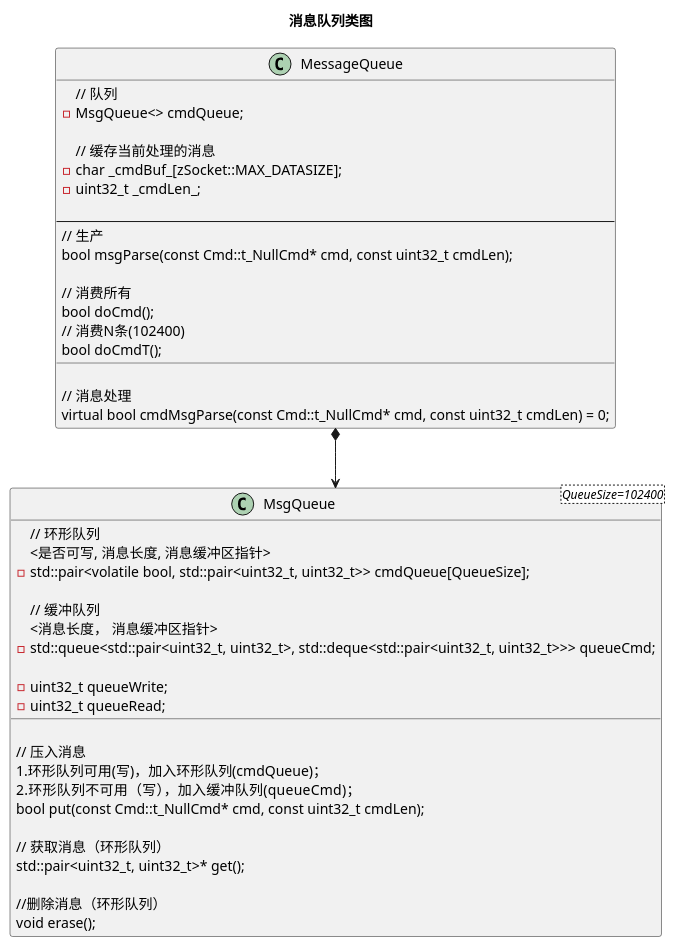
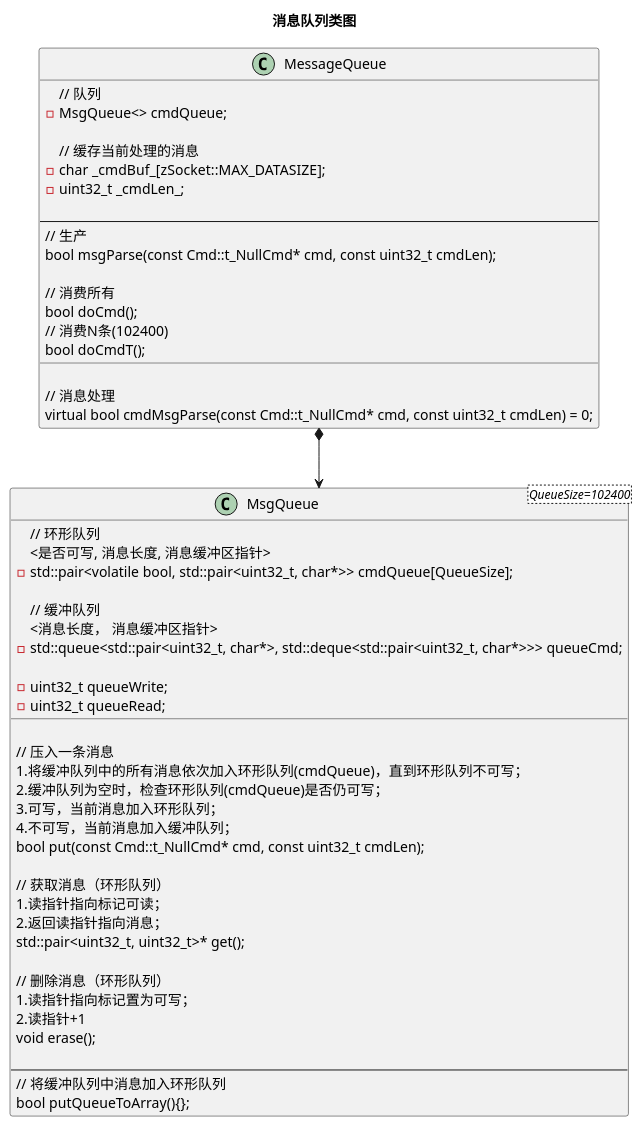
Before and after one commit to yoloo/a-bit-helper: the diagram in doc/pumls/msgqueue.puml, drawn with PlantUML.

Commit message:
msgqueue modify

```diff
--- a/doc/pumls/msgqueue.puml
+++ b/doc/pumls/msgqueue.puml
@@ -1,63 +1,73 @@
 @startuml
 
 title 消息队列类图
 
 '0.#Moccasin
 '1.#LightSeaGreen
 '2.#DarkSalmon
 '3.#BBBBFF
 '4.#SkyBlue
 '5.#LightPink
 '6.#CadetBlue
 '7.#Violet
 
 class MessageQueue {
     // 队列
     - MsgQueue<> cmdQueue;
 
     // 缓存当前处理的消息
     - char _cmdBuf_[zSocket::MAX_DATASIZE];
     - uint32_t _cmdLen_;
 
     --
     // 生产
     {method} bool msgParse(const Cmd::t_NullCmd* cmd, const uint32_t cmdLen);
 
     // 消费所有
     {method} bool doCmd();
     // 消费N条(102400)
     {method} bool doCmdT();
     __
 
     // 消息处理
     virtual bool cmdMsgParse(const Cmd::t_NullCmd* cmd, const uint32_t cmdLen) = 0;
 }
 
 class MsgQueue<QueueSize=102400> {
     // 环形队列
     <是否可写, 消息长度, 消息缓冲区指针>
-    - std::pair<volatile bool, std::pair<uint32_t, uint32_t>> cmdQueue[QueueSize];
+    - std::pair<volatile bool, std::pair<uint32_t, char*>> cmdQueue[QueueSize];
 
     // 缓冲队列
     <消息长度， 消息缓冲区指针>
-    - std::queue<std::pair<uint32_t, uint32_t>, std::deque<std::pair<uint32_t, uint32_t>>> queueCmd;
+    - std::queue<std::pair<uint32_t, char*>, std::deque<std::pair<uint32_t, char*>>> queueCmd;
 
     - uint32_t queueWrite;
     - uint32_t queueRead;
     __
 
-    // 压入消息
-    1.环形队列可用(写)，加入环形队列(cmdQueue)；
-    2.环形队列不可用（写），加入缓冲队列(queueCmd)；
+    // 压入一条消息
+    1.将缓冲队列中的所有消息依次加入环形队列(cmdQueue)，直到环形队列不可写；
+    2.缓冲队列为空时，检查环形队列(cmdQueue)是否仍可写；
+    3.可写，当前消息加入环形队列；
+    4.不可写，当前消息加入缓冲队列；
     bool put(const Cmd::t_NullCmd* cmd, const uint32_t cmdLen);
 
     // 获取消息（环形队列）
+    1.读指针指向标记可读；
+    2.返回读指针指向消息；
     std::pair<uint32_t, uint32_t>* get();
 
-    //删除消息（环形队列）
+    // 删除消息（环形队列）
+    1.读指针指向标记置为可写；
+    2.读指针+1
     void erase();
+
+    --
+    // 将缓冲队列中消息加入环形队列
+    bool putQueueToArray(){};
 }
 
 MessageQueue *--> MsgQueue
 
 @enduml
```
